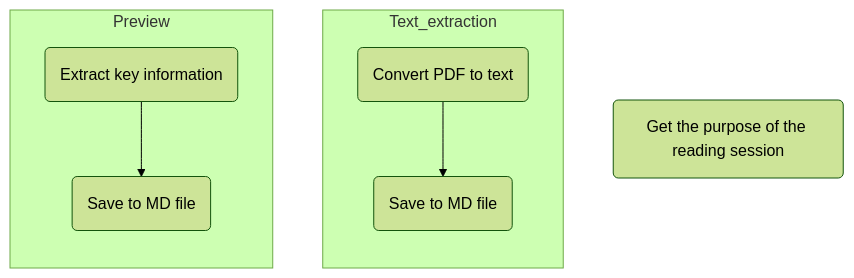
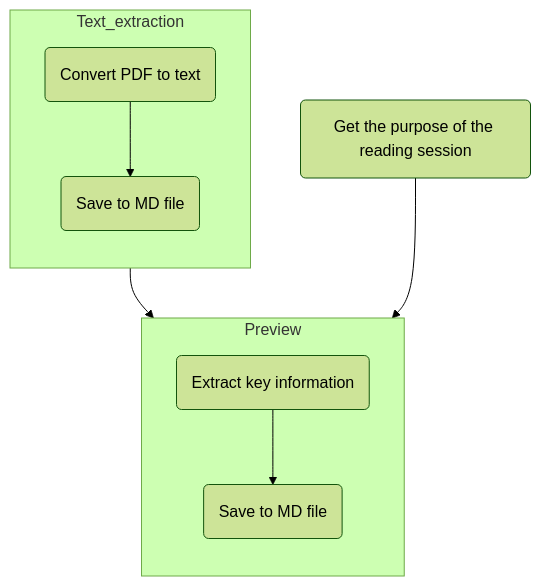
The diagram in doc/pre_read_helper.md (AlexeyNilov/speed_reading), drawn with Mermaid (forest theme) before and after one commit. The commit also changed 3 other files, not shown here.

````diff
--- a/doc/pre_read_helper.md
+++ b/doc/pre_read_helper.md
@@ -1,13 +1,14 @@
 ```mermaid
 flowchart TB
     A(Get the purpose of the reading session)
     subgraph Text_extraction
         direction TB
         T1(Convert PDF to text) --> T2(Save to MD file)
     end
     subgraph Preview
         direction TB
         P1(Extract key information) --> P2(Save to MD file)
     end
-
+    Text_extraction --> Preview
+    A --> Preview
 ```
````
